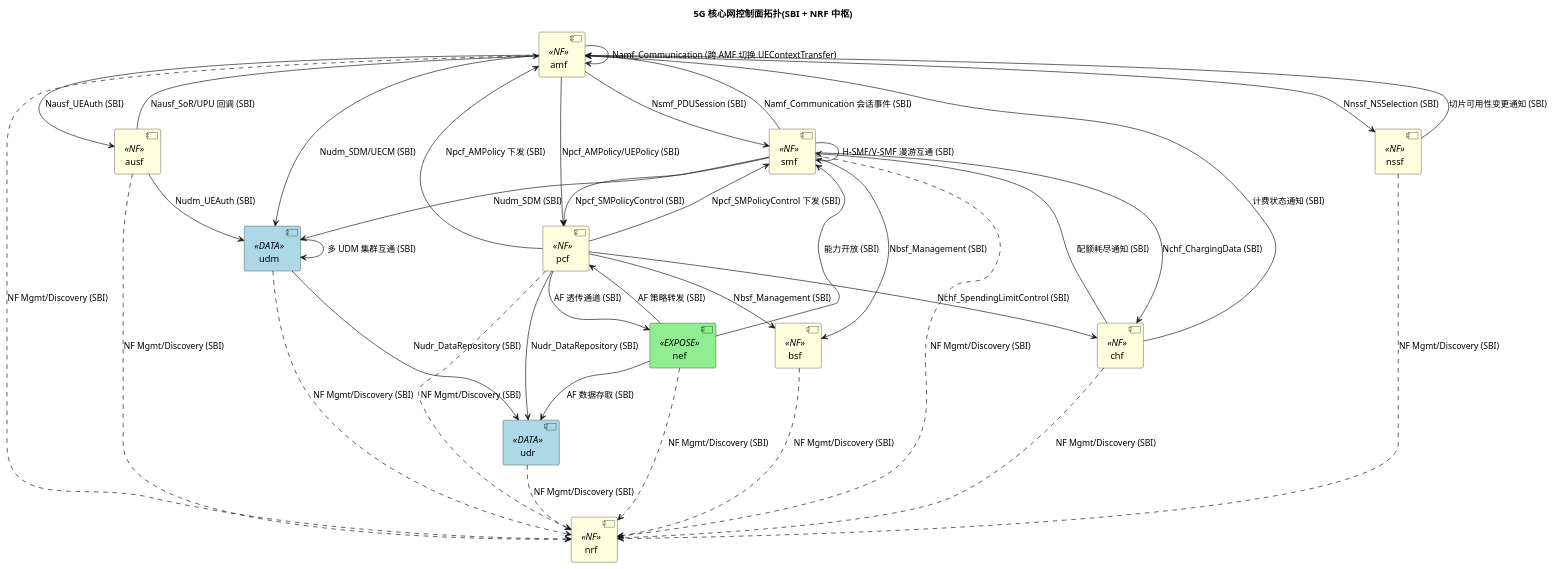
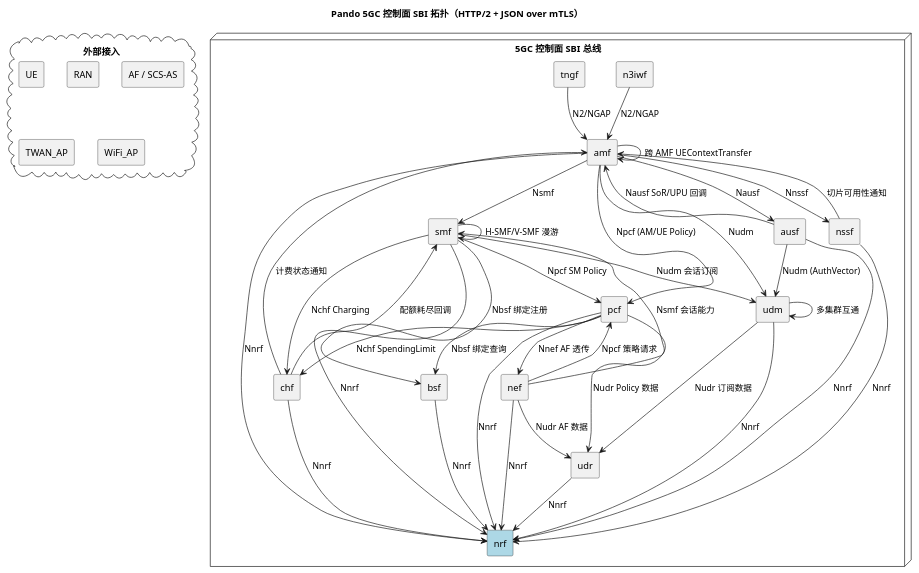
The first of 2 diagrams in architectures/system_architectures.md (YickelFuboo/AI-Worker-Project), drawn with PlantUML before and after one commit. The commit also changed other lines of this file and 704 other files, not shown here.

````diff
--- a/architectures/system_architectures.md
+++ b/architectures/system_architectures.md
@@ -65,80 +60,78 @@
 ```plantuml
 @startuml
-title 5G 核心网控制面拓扑(SBI + NRF 中枢)
+title Pando 5GC 控制面 SBI 拓扑（HTTP/2 + JSON over mTLS）
 
-skinparam component {
-  BackgroundColor<<NF>> LightYellow
-  BackgroundColor<<DATA>> LightBlue
-  BackgroundColor<<EXPOSE>> LightGreen
+skinparam componentStyle rectangle
+skinparam shadowing false
+
+cloud "外部接入" as EXT {
+  [UE]
+  [RAN]
+  [AF / SCS-AS]
+  [TWAN_AP]
+  [WiFi_AP]
 }
 
-component nrf <<NF>> as nrf
-component amf <<NF>> as amf
-component ausf <<NF>> as ausf
-component smf <<NF>> as smf
-component pcf <<NF>> as pcf
-component chf <<NF>> as chf
-component nssf <<NF>> as nssf
-component bsf <<NF>> as bsf
-component udm <<DATA>> as udm
-component udr <<DATA>> as udr
-component nef <<EXPOSE>> as nef
+node "5GC 控制面 SBI 总线" {
+  [nrf] as NRF #LightBlue
+  [amf] as AMF
+  [ausf] as AUSF
+  [smf] as SMF
+  [pcf] as PCF
+  [udm] as UDM
+  [udr] as UDR
+  [nssf] as NSSF
+  [nef] as NEF
+  [chf] as CHF
+  [bsf] as BSF
+  [n3iwf] as N3IWF
+  [tngf] as TNGF
+}
 
-' NRF 中枢:所有 NF 向 NRF 注册与发现(虚线表示运行时订阅)
-amf  ..> nrf : NF Mgmt/Discovery (SBI)
-ausf ..> nrf : NF Mgmt/Discovery (SBI)
-smf  ..> nrf : NF Mgmt/Discovery (SBI)
-pcf  ..> nrf : NF Mgmt/Discovery (SBI)
-chf  ..> nrf : NF Mgmt/Discovery (SBI)
-nssf ..> nrf : NF Mgmt/Discovery (SBI)
-bsf  ..> nrf : NF Mgmt/Discovery (SBI)
-udm  ..> nrf : NF Mgmt/Discovery (SBI)
-udr  ..> nrf : NF Mgmt/Discovery (SBI)
-nef  ..> nrf : NF Mgmt/Discovery (SBI)
+' NRF 中枢边（所有控制面 NF 注册发现）
+AMF   --> NRF : Nnrf
+AUSF  --> NRF : Nnrf
+SMF   --> NRF : Nnrf
+PCF   --> NRF : Nnrf
+UDM   --> NRF : Nnrf
+UDR   --> NRF : Nnrf
+NSSF  --> NRF : Nnrf
+NEF   --> NRF : Nnrf
+CHF   --> NRF : Nnrf
+BSF   --> NRF : Nnrf
 
-' AMF 边
-amf --> ausf : Nausf_UEAuth (SBI)
-amf --> udm  : Nudm_SDM/UECM (SBI)
-amf --> smf  : Nsmf_PDUSession (SBI)
-amf --> pcf  : Npcf_AMPolicy/UEPolicy (SBI)
-amf --> nssf : Nnssf_NSSelection (SBI)
-amf --> amf  : Namf_Communication (跨 AMF 切换 UEContextTransfer)
+' 关键 SBI 业务边
+AMF   --> AUSF  : Nausf
+AMF   --> UDM   : Nudm
+AMF   --> SMF   : Nsmf
+AMF   --> PCF   : Npcf (AM/UE Policy)
+AMF   --> NSSF  : Nnssf
+AUSF  --> UDM   : Nudm (AuthVector)
+AUSF  --> AMF   : Nausf SoR/UPU 回调
+SMF   --> PCF   : Npcf SM Policy
+SMF   --> UDM   : Nudm 会话订阅
+SMF   --> CHF   : Nchf Charging
+SMF   --> BSF   : Nbsf 绑定注册
+PCF   --> UDR   : Nudr Policy 数据
+PCF   --> CHF   : Nchf SpendingLimit
+PCF   --> BSF   : Nbsf 绑定查询
+PCF   --> NEF   : Nnef AF 透传
+NEF   --> PCF   : Npcf 策略请求
+NEF   --> UDR   : Nudr AF 数据
+NEF   --> SMF   : Nsmf 会话能力
+UDM   --> UDR   : Nudr 订阅数据
+NSSF  --> AMF   : 切片可用性通知
+CHF   --> AMF   : 计费状态通知
+CHF   --> SMF   : 配额耗尽回调
 
-' AUSF 边
-ausf --> udm : Nudm_UEAuth (SBI)
-ausf --> amf : Nausf_SoR/UPU 回调 (SBI)
+' 接入分支（非 SBI，仅在此图标记参与）
+N3IWF --> AMF : N2/NGAP
+TNGF  --> AMF : N2/NGAP
 
-' SMF 边
-smf --> udm : Nudm_SDM (SBI)
-smf --> pcf : Npcf_SMPolicyControl (SBI)
-smf --> chf : Nchf_ChargingData (SBI)
-smf --> bsf : Nbsf_Management (SBI)
-smf --> amf : Namf_Communication 会话事件 (SBI)
-smf --> smf : H-SMF/V-SMF 漫游互通 (SBI)
-
-' PCF 边
-pcf --> udr : Nudr_DataRepository (SBI)
-pcf --> chf : Nchf_SpendingLimitControl (SBI)
-pcf --> bsf : Nbsf_Management (SBI)
-pcf --> amf : Npcf_AMPolicy 下发 (SBI)
-pcf --> smf : Npcf_SMPolicyControl 下发 (SBI)
-pcf --> nef : AF 透传通道 (SBI)
-
-' NEF 边
-nef --> pcf : AF 策略转发 (SBI)
-nef --> smf : 能力开放 (SBI)
-nef --> udr : AF 数据存取 (SBI)
-
-' NSSF 边
-nssf --> amf : 切片可用性变更通知 (SBI)
-
-' UDM 边
-udm --> udr : Nudr_DataRepository (SBI)
-udm --> udm : 多 UDM 集群互通 (SBI)
-
-' CHF 边
-chf --> amf : 计费状态通知 (SBI)
-chf --> smf : 配额耗尽通知 (SBI)
+' 自反边
+AMF   --> AMF  : 跨 AMF UEContextTransfer
+SMF   --> SMF  : H-SMF/V-SMF 漫游
+UDM   --> UDM  : 多集群互通
 
 @enduml
 ```
````
